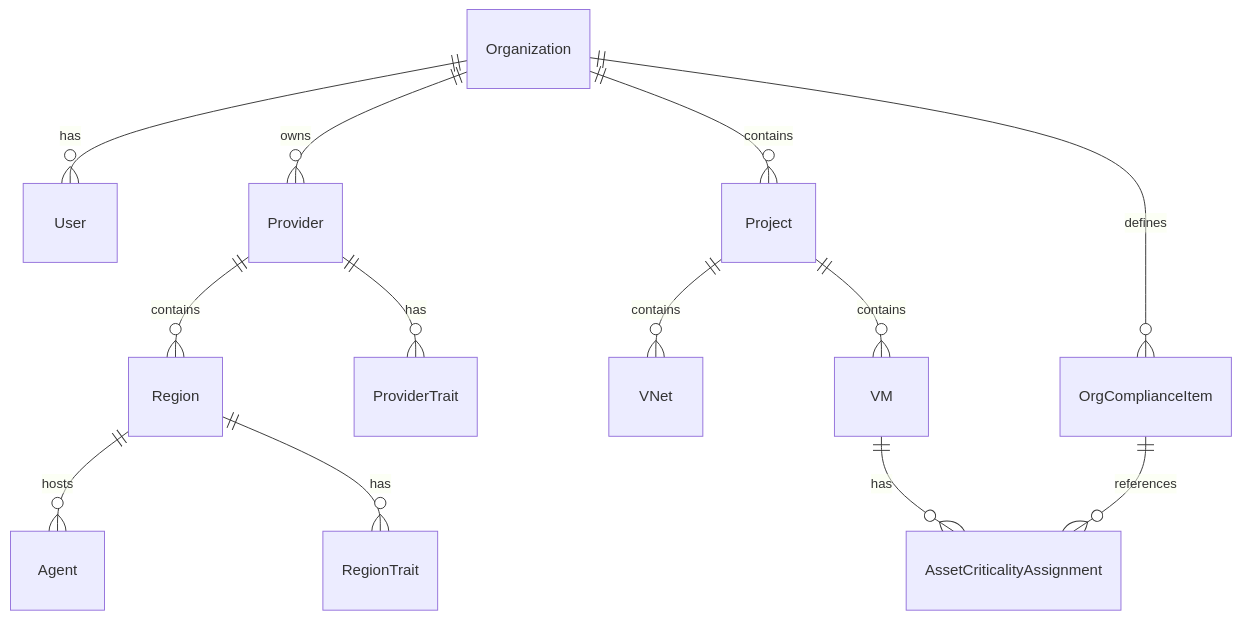
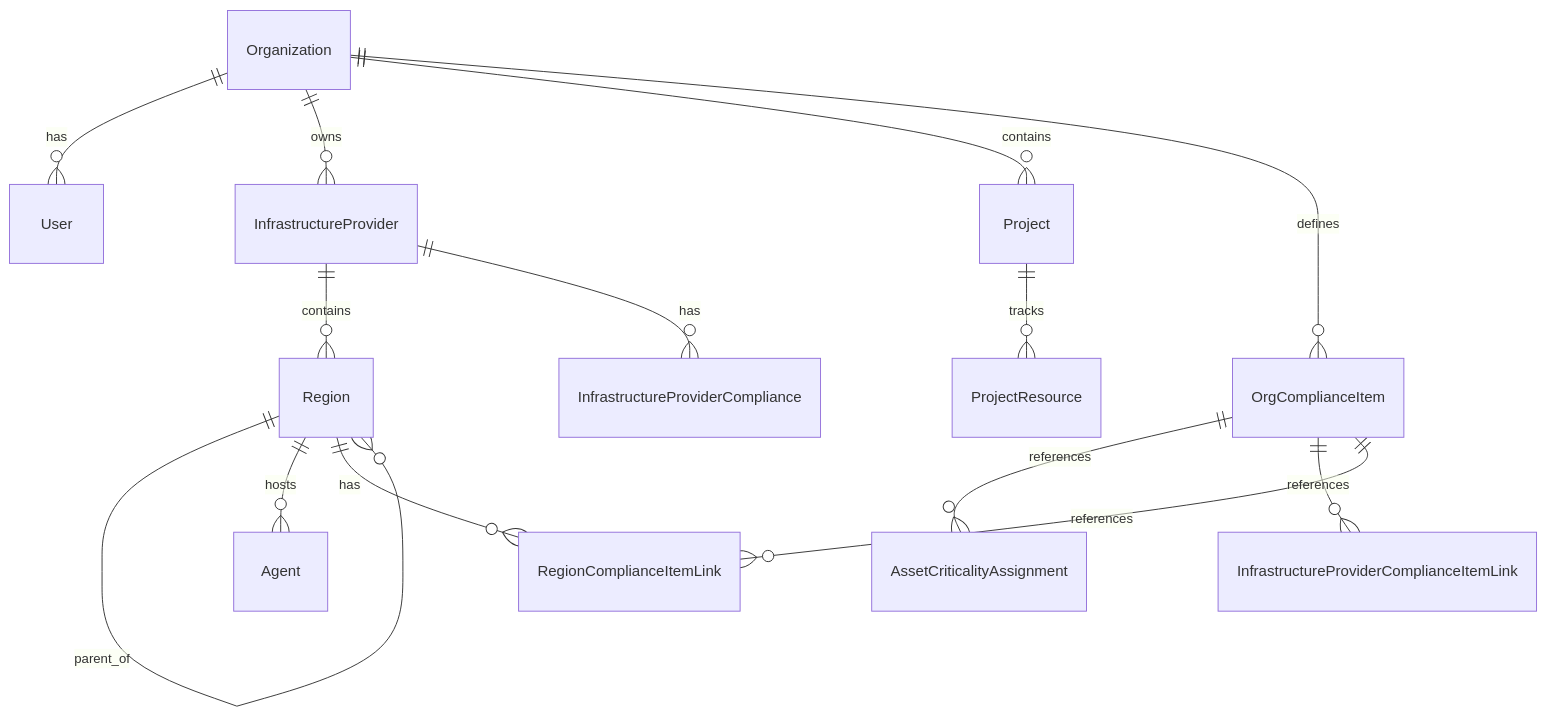
Before and after one commit to imrekaposi-elastic/huygens: the diagram in docs/architecture/erd/tenancy.md, drawn with Mermaid. The commit also changed other lines of this file and 97 other files, not shown here.

````diff
--- a/docs/architecture/erd/tenancy.md
+++ b/docs/architecture/erd/tenancy.md
@@ -5,15 +5,16 @@
 ```mermaid
 erDiagram
   Organization ||--o{ User : has
-  Organization ||--o{ Provider : owns
-  Provider ||--o{ Region : contains
+  Organization ||--o{ InfrastructureProvider : owns
+  InfrastructureProvider ||--o{ Region : contains
+  Region ||--o{ Region : parent_of
   Region ||--o{ Agent : hosts
   Organization ||--o{ Project : contains
-  Project ||--o{ VNet : contains
-  Project ||--o{ VM : contains
+  Project ||--o{ ProjectResource : tracks
   Organization ||--o{ OrgComplianceItem : defines
-  VM ||--o{ AssetCriticalityAssignment : has
+  InfrastructureProvider ||--o{ InfrastructureProviderCompliance : has
+  Region ||--o{ RegionComplianceItemLink : has
   OrgComplianceItem ||--o{ AssetCriticalityAssignment : references
-  Provider ||--o{ ProviderTrait : has
-  Region ||--o{ RegionTrait : has
+  OrgComplianceItem ||--o{ InfrastructureProviderComplianceItemLink : references
+  OrgComplianceItem ||--o{ RegionComplianceItemLink : references
 ```
````
